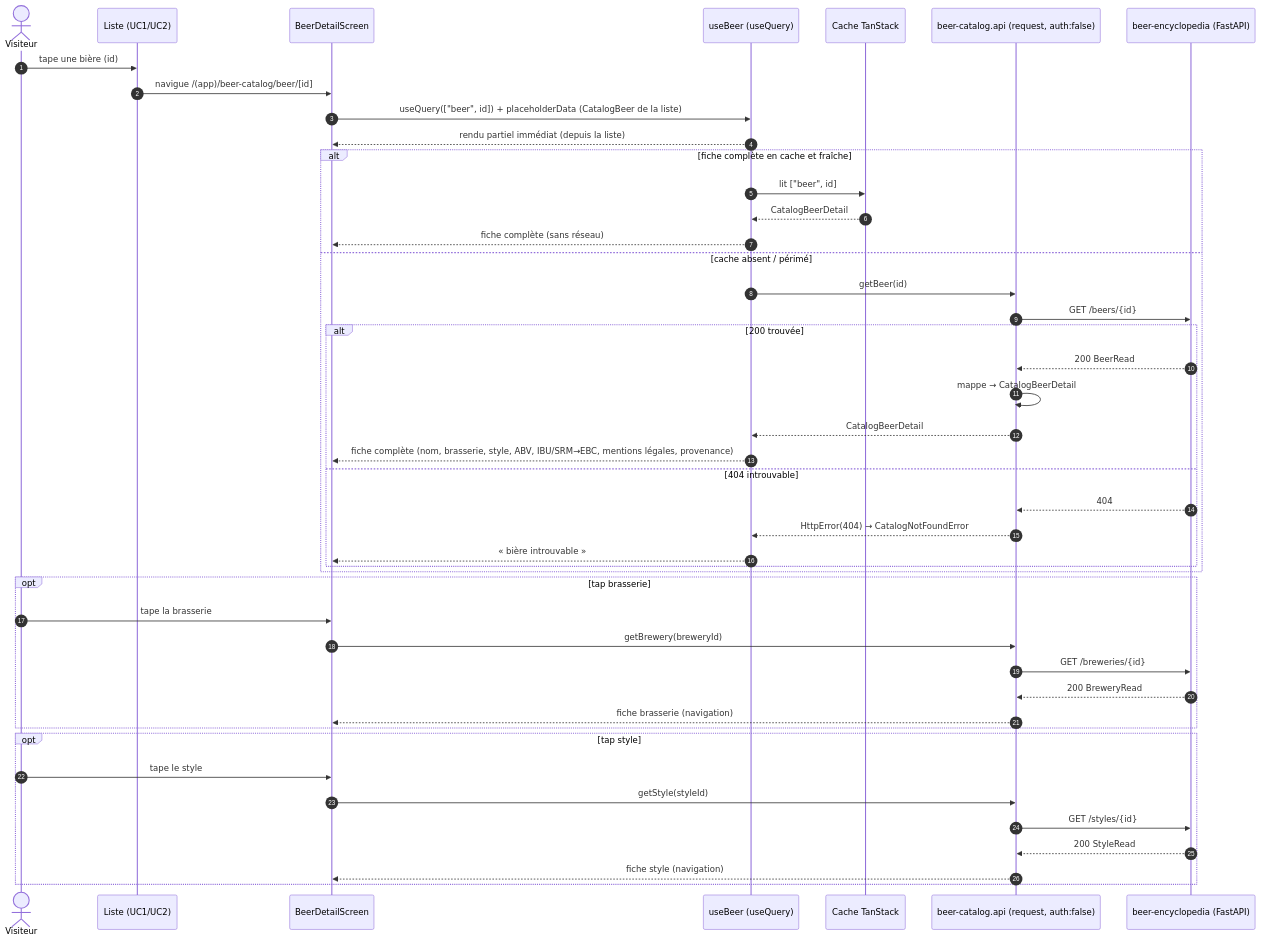
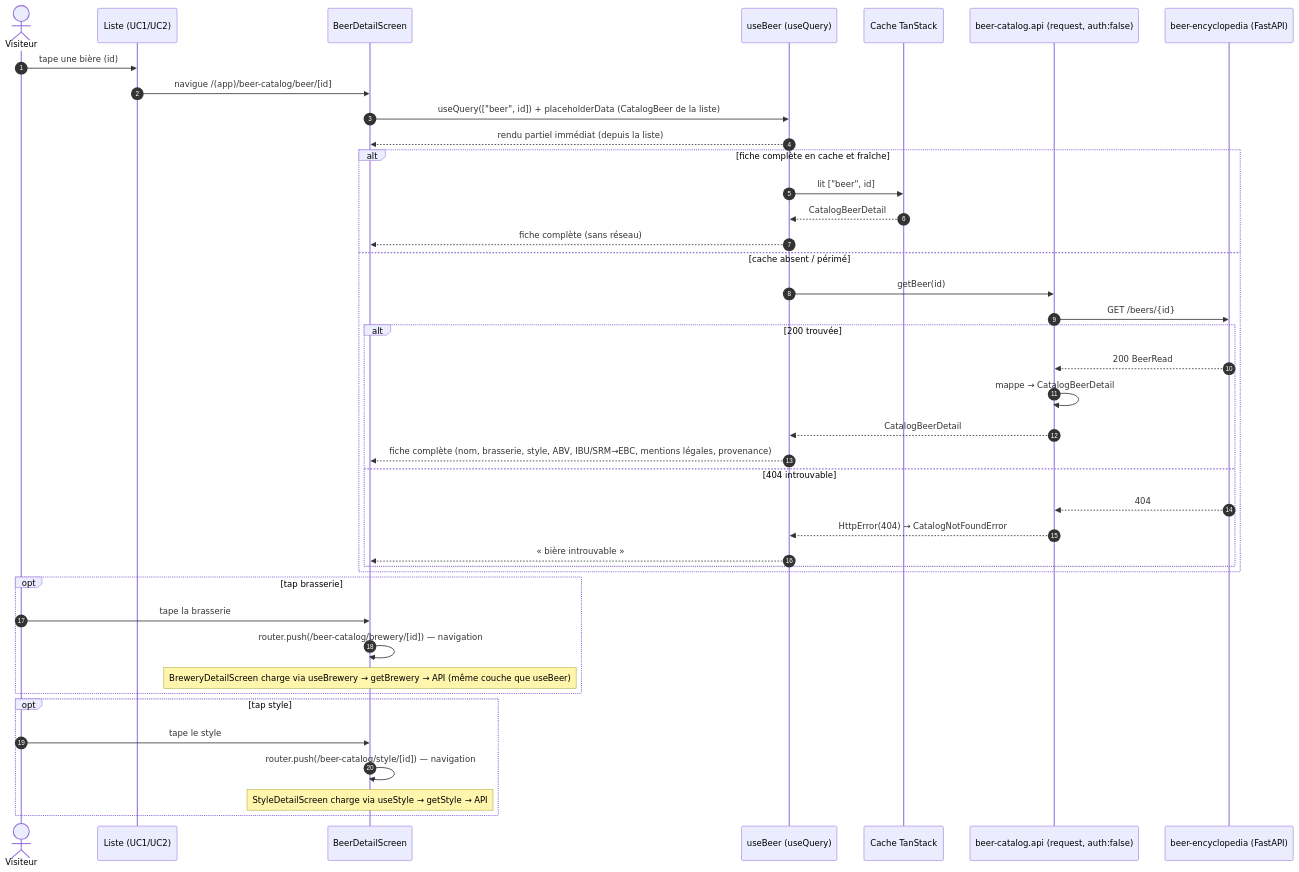
The first of 2 diagrams in docs/architecture/diagrams/mobile-catalog/04-sequence-fiche.md (benoit-bremaud/brasse-bouillon), drawn with Mermaid before and after one commit. The commit also changed other lines of this file and 6 other files, not shown here.

First line of the commit message:
docs(mobile-catalog): apply pre-push review fixes

````diff
--- a/docs/architecture/diagrams/mobile-catalog/04-sequence-fiche.md
+++ b/docs/architecture/diagrams/mobile-catalog/04-sequence-fiche.md
@@ -18,49 +18,45 @@
 ```mermaid
 sequenceDiagram
   autonumber
   actor U as Visiteur
   participant L as Liste (UC1/UC2)
   participant FS as BeerDetailScreen
   participant H as useBeer (useQuery)
   participant Q as Cache TanStack
   participant API as beer-catalog.api (request, auth:false)
   participant E as beer-encyclopedia (FastAPI)
 
   U->>L: tape une bière (id)
   L->>FS: navigue /(app)/beer-catalog/beer/[id]
   FS->>H: useQuery(["beer", id]) + placeholderData (CatalogBeer de la liste)
   H-->>FS: rendu partiel immédiat (depuis la liste)
   alt fiche complète en cache et fraîche
     H->>Q: lit ["beer", id]
     Q-->>H: CatalogBeerDetail
     H-->>FS: fiche complète (sans réseau)
   else cache absent / périmé
     H->>API: getBeer(id)
     API->>E: GET /beers/{id}
     alt 200 trouvée
       E-->>API: 200 BeerRead
       API->>API: mappe → CatalogBeerDetail
       API-->>H: CatalogBeerDetail
       H-->>FS: fiche complète (nom, brasserie, style, ABV, IBU/SRM→EBC, mentions légales, provenance)
     else 404 introuvable
       E-->>API: 404
       API-->>H: HttpError(404) → CatalogNotFoundError
       H-->>FS: « bière introuvable »
     end
   end
 
   opt tap brasserie
     U->>FS: tape la brasserie
-    FS->>API: getBrewery(breweryId)
-    API->>E: GET /breweries/{id}
-    E-->>API: 200 BreweryRead
-    API-->>FS: fiche brasserie (navigation)
+    FS->>FS: router.push(/beer-catalog/brewery/[id]) — navigation
+    Note over FS: BreweryDetailScreen charge via useBrewery → getBrewery → API (même couche que useBeer)
   end
   opt tap style
     U->>FS: tape le style
-    FS->>API: getStyle(styleId)
-    API->>E: GET /styles/{id}
-    E-->>API: 200 StyleRead
-    API-->>FS: fiche style (navigation)
+    FS->>FS: router.push(/beer-catalog/style/[id]) — navigation
+    Note over FS: StyleDetailScreen charge via useStyle → getStyle → API
   end
 ```
````
